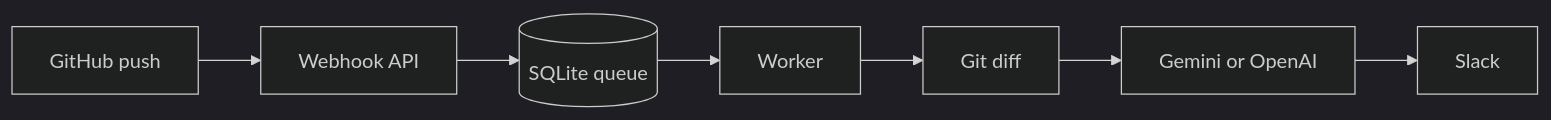
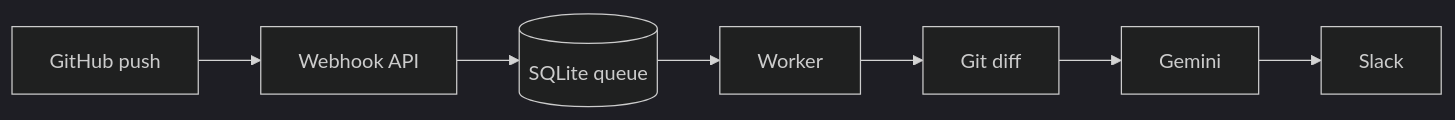
Before and after one commit to jvishwa-sqy/github-change-bot: the diagram in README.md, drawn with Mermaid (dark theme). The commit also changed other lines of this file and 9 other files, not shown here.

````diff
--- a/README.md
+++ b/README.md
@@ -8,9 +8,9 @@
 ```mermaid
 flowchart LR
     G[GitHub push] --> W[Webhook API]
     W --> Q[(SQLite queue)]
     Q --> R[Worker]
     R --> D[Git diff]
-    D --> A[Gemini or OpenAI]
+    D --> A[Gemini]
     A --> S[Slack]
 ```
````
